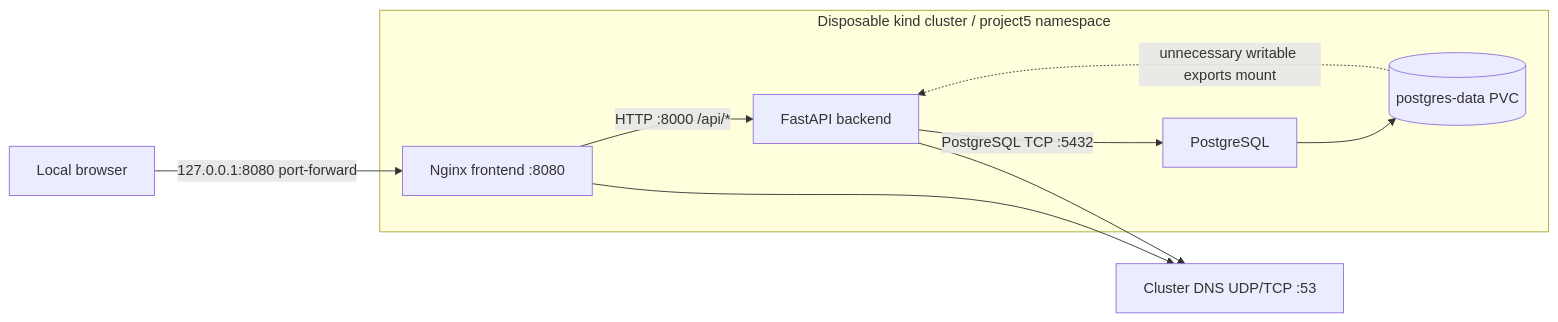
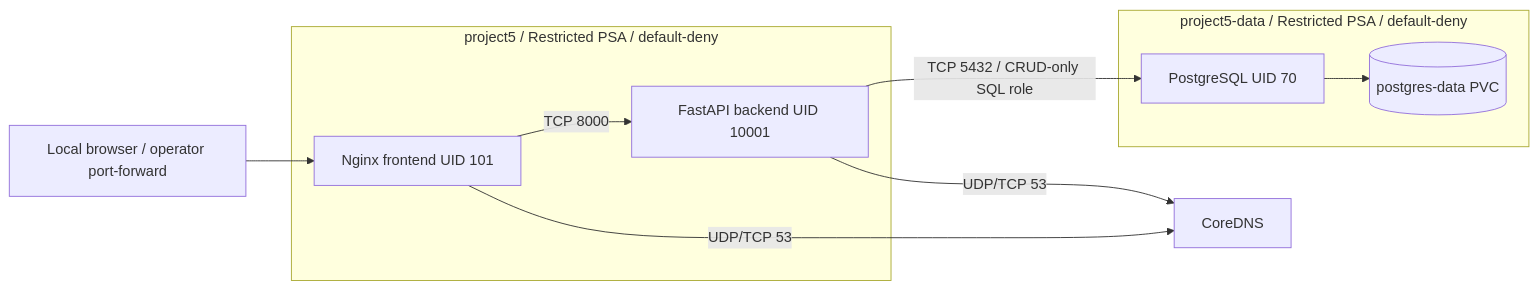
The diagram in devsecops-project5/README.md (sssyouna/project-devsecops), drawn with Mermaid before and after one commit. The commit also changed other lines of this file and 31 other files, not shown here.

````diff
--- a/devsecops-project5/README.md
+++ b/devsecops-project5/README.md
@@ -32,12 +18,13 @@
 ```mermaid
 flowchart LR
-    U[Local browser] -->|127.0.0.1:8080 port-forward| F[Nginx frontend :8080]
-    subgraph K[Disposable kind cluster / project5 namespace]
-        F -->|HTTP :8000 /api/*| B[FastAPI backend]
-        B -->|PostgreSQL TCP :5432| D[PostgreSQL]
-        D --> P[(postgres-data PVC)]
-        P -. unnecessary writable exports mount .-> B
+    U[Local browser / operator port-forward] --> F[Nginx frontend UID 101]
+    subgraph A[project5 / Restricted PSA / default-deny]
+        F -->|TCP 8000| B[FastAPI backend UID 10001]
     end
-    F --> DNS[Cluster DNS UDP/TCP :53]
-    B --> DNS
+    subgraph D[project5-data / Restricted PSA / default-deny]
+        P[PostgreSQL UID 70] --> V[(postgres-data PVC)]
+    end
+    B -->|TCP 5432 / CRUD-only SQL role| P
+    F -->|UDP/TCP 53| DNS[CoreDNS]
+    B -->|UDP/TCP 53| DNS
 ```
````
